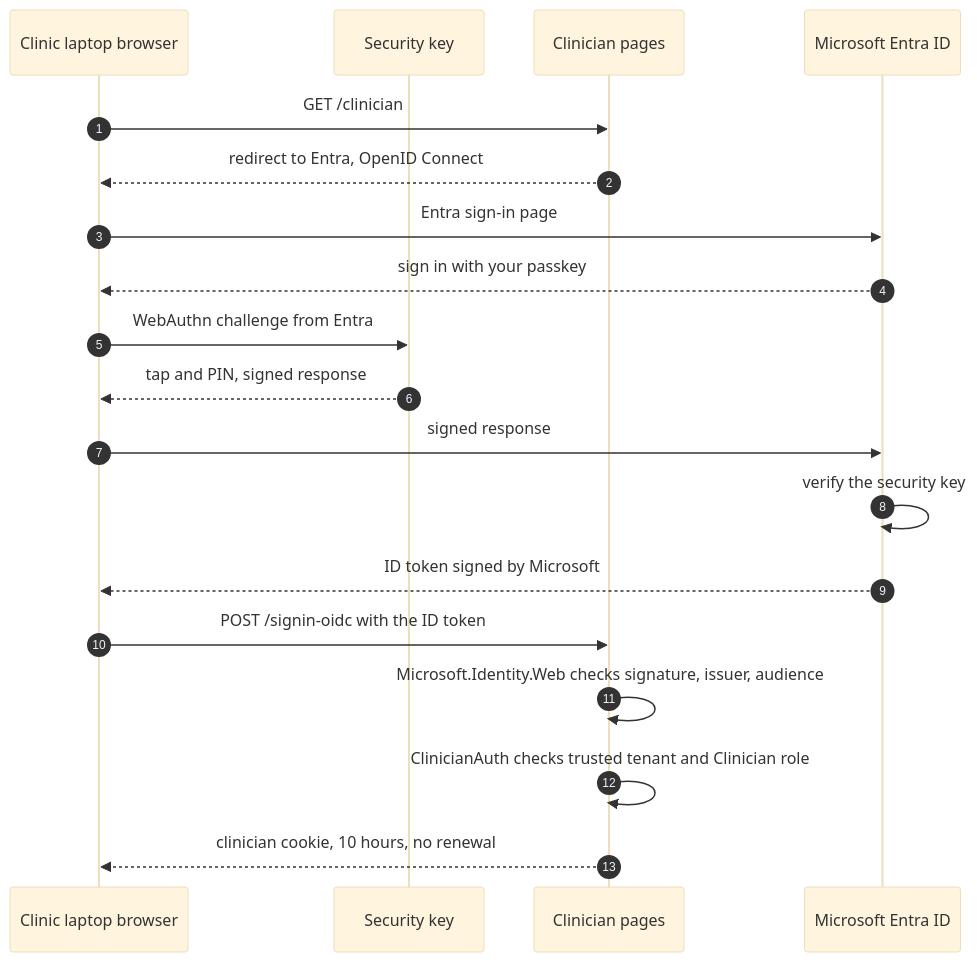
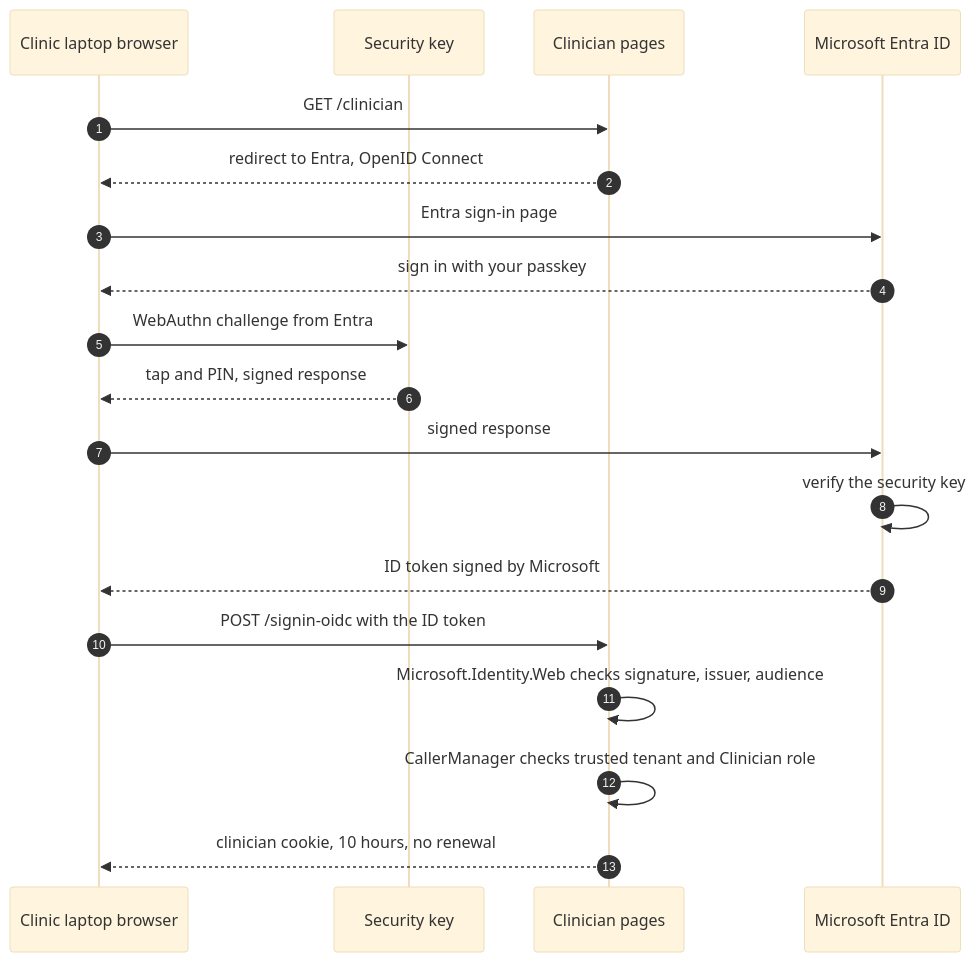
Before and after one commit to ParkerHitch/EZEHR: the fifth of 11 diagrams in docs/auth-flows.md, drawn with Mermaid (base theme). The commit also changed other lines of this file and 87 other files, not shown here.

````diff
--- a/docs/auth-flows.md
+++ b/docs/auth-flows.md
@@ -181,21 +181,21 @@
 ```mermaid
 sequenceDiagram
   autonumber
   participant Br as Clinic laptop browser
   participant Key as Security key
   participant Web as Clinician pages
   participant En as Microsoft Entra ID
   Br->>Web: GET /clinician
   Web-->>Br: redirect to Entra, OpenID Connect
   Br->>En: Entra sign-in page
   En-->>Br: sign in with your passkey
   Br->>Key: WebAuthn challenge from Entra
   Key-->>Br: tap and PIN, signed response
   Br->>En: signed response
   En->>En: verify the security key
   En-->>Br: ID token signed by Microsoft
   Br->>Web: POST /signin-oidc with the ID token
   Web->>Web: Microsoft.Identity.Web checks signature, issuer, audience
-  Web->>Web: ClinicianAuth checks trusted tenant and Clinician role
+  Web->>Web: CallerManager checks trusted tenant and Clinician role
   Web-->>Br: clinician cookie, 10 hours, no renewal
 ```
````
